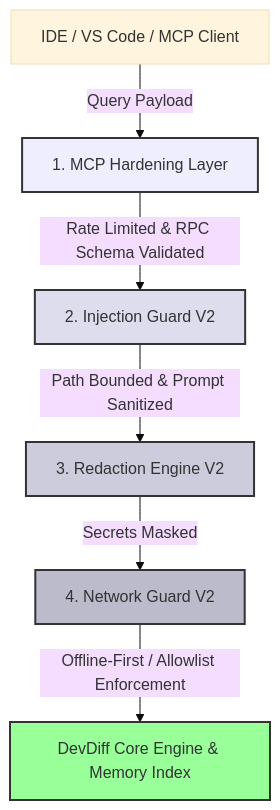
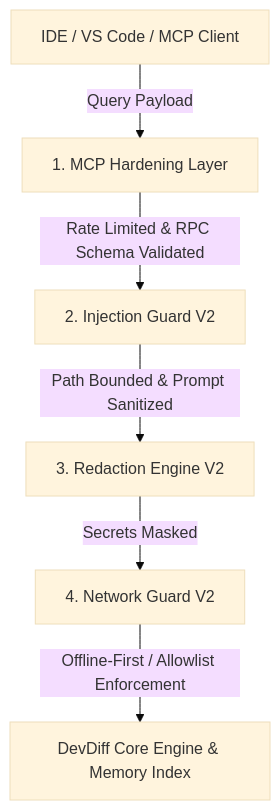
Before and after one commit to EldrexDelosReyesBula/DevDiff: the diagram in docs/security/overview.md, drawn with Mermaid (base theme). The commit also changed other lines of this file and 187 other files, not shown here.

First line of the commit message:
release: v1.8.0 — multi-registry distribution, plugin architecture & documentation overhaul

````diff
--- a/docs/security/overview.md
+++ b/docs/security/overview.md
@@ -11,14 +11,8 @@
 ```mermaid
 flowchart TD
     SubGraph1[IDE / VS Code / MCP Client] -->|Query Payload| L1[1. MCP Hardening Layer]
     L1 -->|Rate Limited & RPC Schema Validated| L2[2. Injection Guard V2]
     L2 -->|Path Bounded & Prompt Sanitized| L3[3. Redaction Engine V2]
     L3 -->|Secrets Masked| L4[4. Network Guard V2]
     L4 -->|Offline-First / Allowlist Enforcement| Core[DevDiff Core Engine & Memory Index]
-
-    style L1 fill:#eef,stroke:#333,stroke-width:2px
-    style L2 fill:#dde,stroke:#333,stroke-width:2px
-    style L3 fill:#ccd,stroke:#333,stroke-width:2px
-    style L4 fill:#bbc,stroke:#333,stroke-width:2px
-    style Core fill:#9f9,stroke:#333,stroke-width:2px
 ```
````
